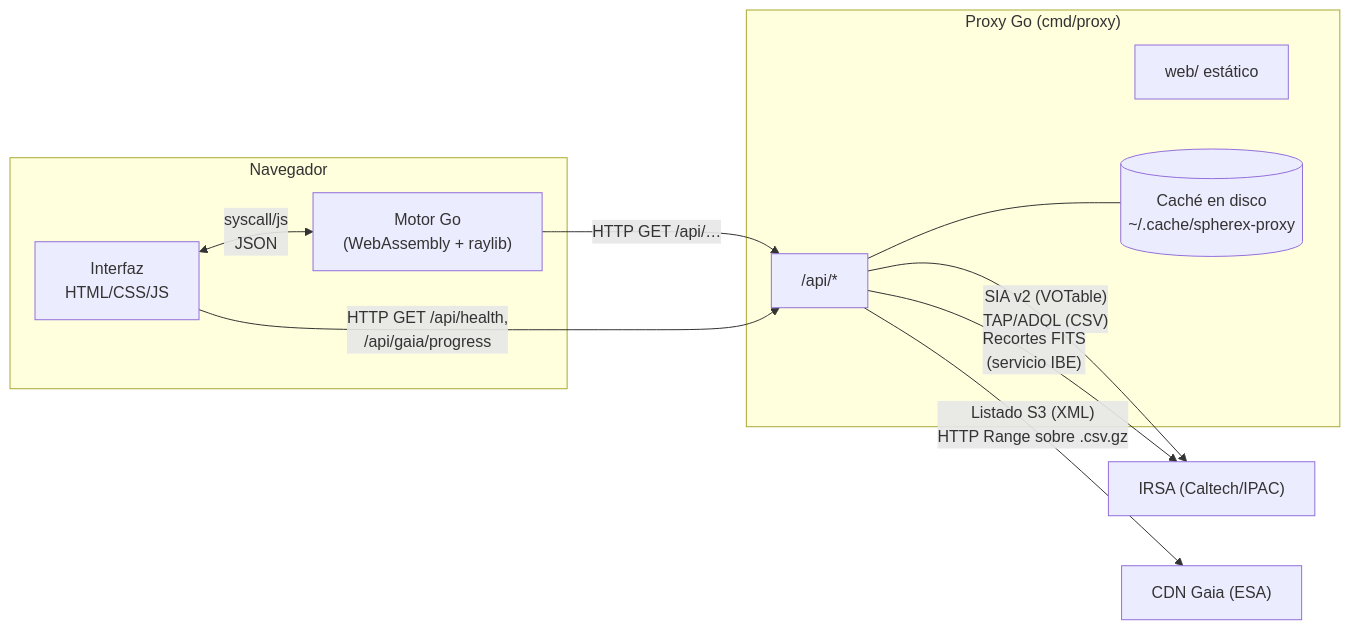
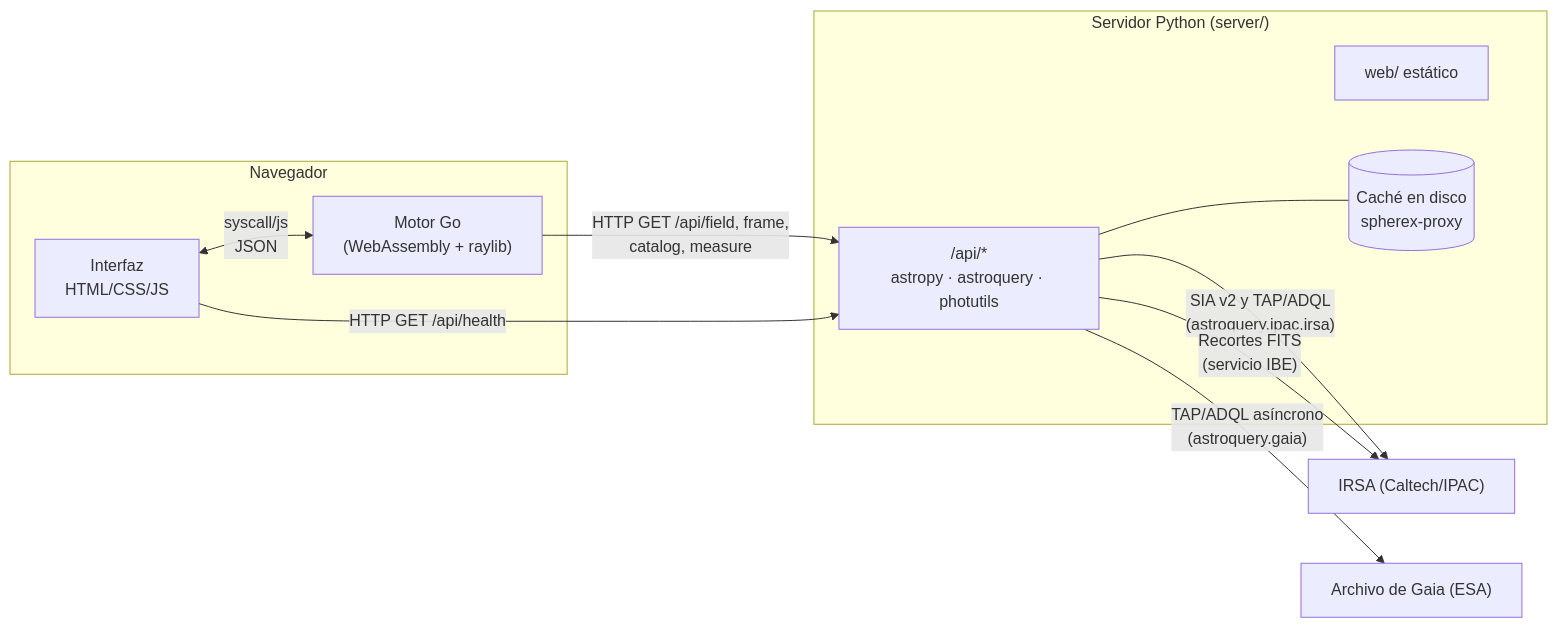
Before and after one commit to calmestend/tifis: the first of 2 diagrams in docs/protocolos-y-datos.md, drawn with Mermaid. The commit also changed other lines of this file and 48 other files, not shown here.

First line of the commit message:
Migra el servidor/proxy de Go a Python (astropy, astroquery, photutils)

````diff
--- a/docs/protocolos-y-datos.md
+++ b/docs/protocolos-y-datos.md
@@ -7,19 +7,19 @@
 ```mermaid
 flowchart LR
   subgraph Navegador
     UI["Interfaz<br/>HTML/CSS/JS"]
     WASM["Motor Go<br/>(WebAssembly + raylib)"]
     UI <-- "syscall/js<br/>JSON" --> WASM
   end
-  subgraph Proxy["Proxy Go (cmd/proxy)"]
-    API["/api/*"]
+  subgraph Servidor["Servidor Python (server/)"]
+    API["/api/*<br/>astropy · astroquery · photutils"]
     STATIC["web/ estático"]
-    CACHE[("Caché en disco<br/>~/.cache/spherex-proxy")]
+    CACHE[("Caché en disco<br/>spherex-proxy")]
   end
-  WASM -- "HTTP GET /api/…" --> API
-  UI -- "HTTP GET /api/health,<br/>/api/gaia/progress" --> API
+  WASM -- "HTTP GET /api/field, frame,<br/>catalog, measure" --> API
+  UI -- "HTTP GET /api/health" --> API
   API --- CACHE
-  API -- "SIA v2 (VOTable)<br/>TAP/ADQL (CSV)" --> IRSA["IRSA (Caltech/IPAC)"]
+  API -- "SIA v2 y TAP/ADQL<br/>(astroquery.ipac.irsa)" --> IRSA["IRSA (Caltech/IPAC)"]
   API -- "Recortes FITS<br/>(servicio IBE)" --> IRSA
-  API -- "Listado S3 (XML)<br/>HTTP Range sobre .csv.gz" --> CDN["CDN Gaia (ESA)"]
+  API -- "TAP/ADQL asíncrono<br/>(astroquery.gaia)" --> ESA["Archivo de Gaia (ESA)"]
 ```
````
